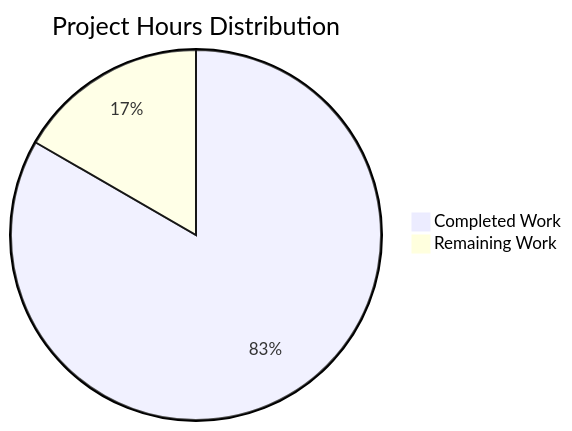
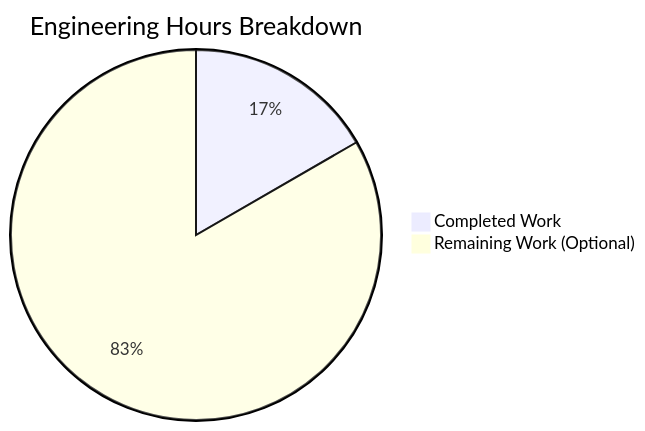
One commit to prasad-blitzy/quick-repo-4 changed the diagram in blitzy/documentation/Project Guide.md. Above: the diagram before and after it, drawn with Mermaid. The commit also changed other lines of this file, not shown here.

Commit message:
Adding Blitzy Project Guide: Project Status and Human Tasks Remaining

````diff
--- a/blitzy/documentation/Project Guide.md
+++ b/blitzy/documentation/Project Guide.md
@@ -180,5 +283,5 @@
 ```mermaid
-pie title Project Hours Distribution
-    "Completed Work" : 2.5
-    "Remaining Work" : 0.5
+pie title Engineering Hours Breakdown
+    "Completed Work" : 2
+    "Remaining Work (Optional)" : 10
 ```
````
